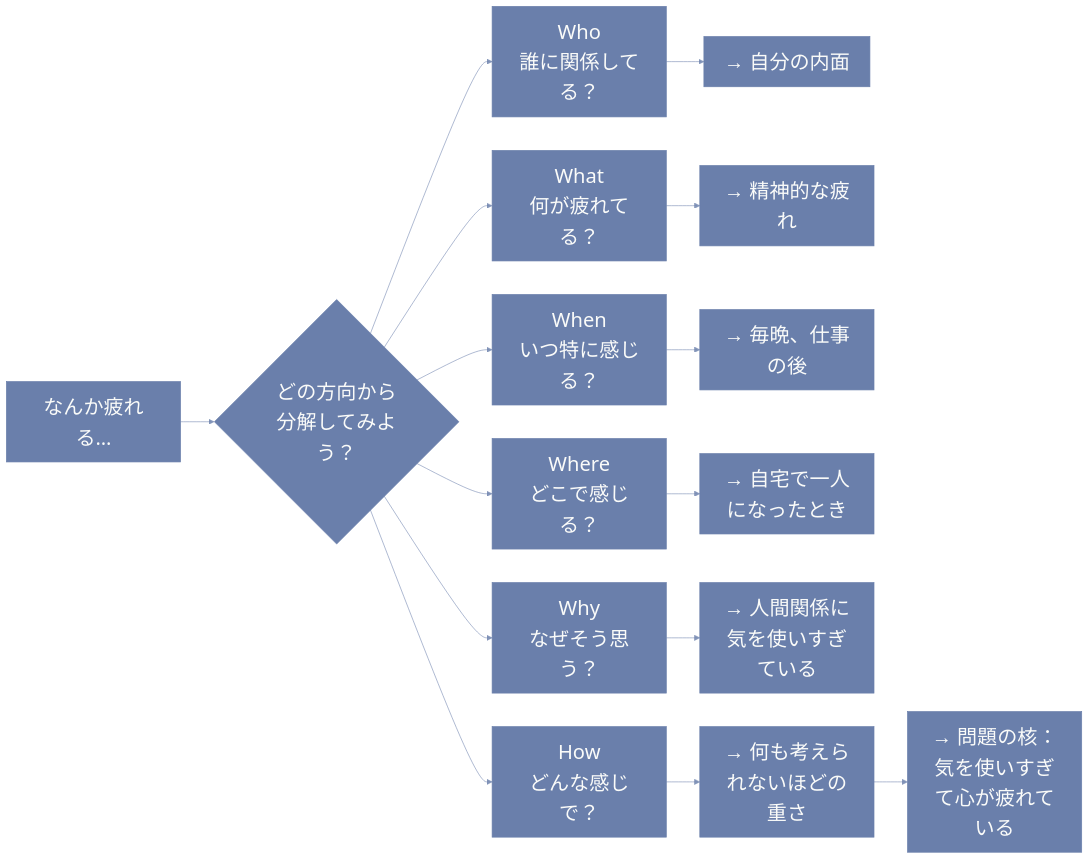
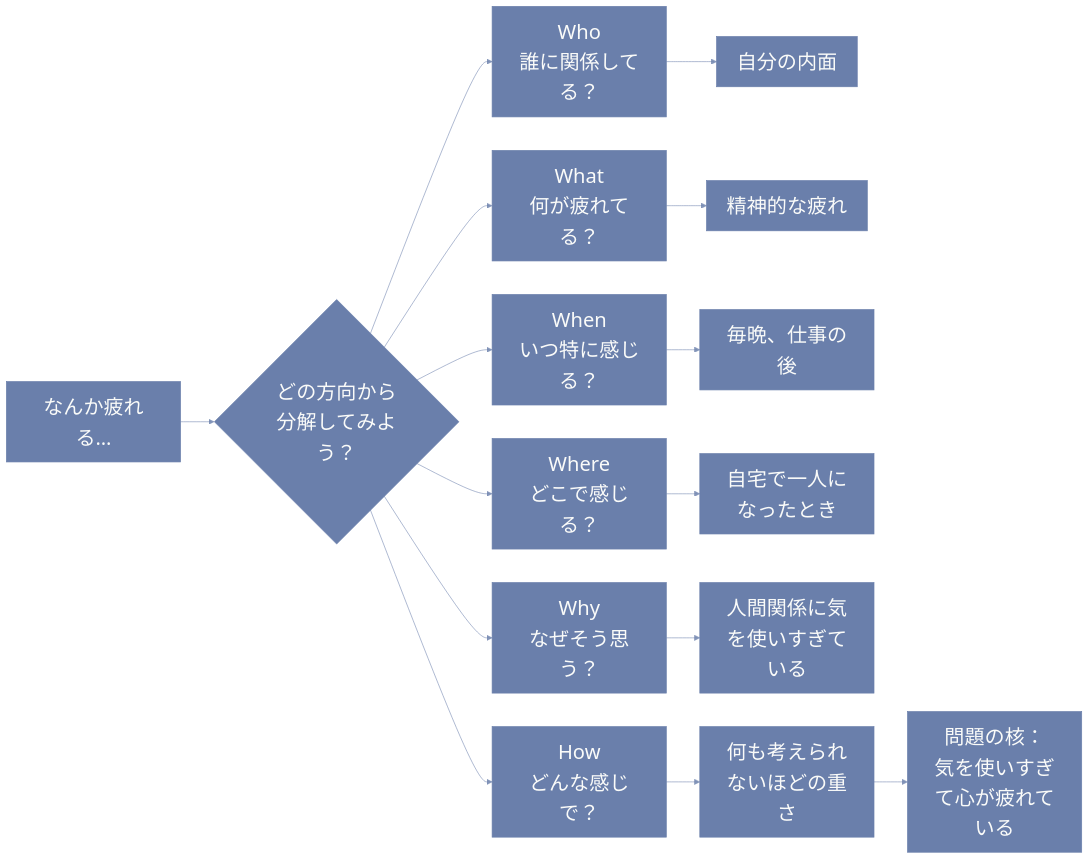
Before and after one commit to zoldof/zenn-content: the diagram in articles/idea-critical-clarification.md, drawn with Mermaid.

````diff
--- a/articles/idea-critical-clarification.md
+++ b/articles/idea-critical-clarification.md
@@ -83,20 +83,20 @@
 ```mermaid
 %%{init:{'theme':'base','themeVariables':{'primaryColor':'#6A7FAB','primaryTextColor':'#FAFBF9','primaryBorderColor':'#6A7FAB','lineColor':'#6A7FABCC','textColor':'#6A7FABCC','fontSize':'30px'}}}%%
 flowchart LR
     A[なんか疲れる…] --> B{どの方向から<br>分解してみよう？}
     B --> C[Who<br>誰に関係してる？]
     B --> D[What<br>何が疲れてる？]
     B --> E[When<br>いつ特に感じる？]
     B --> F[Where<br>どこで感じる？]
     B --> G[Why<br>なぜそう思う？]
     B --> H[How<br>どんな感じで？]
     
-    C --> I[→ 自分の内面]
-    D --> J[→ 精神的な疲れ]
-    E --> K[→ 毎晩、仕事の後]
-    F --> L[→ 自宅で一人になったとき]
-    G --> M[→ 人間関係に気を使いすぎている]
-    H --> N[→ 何も考えられないほどの重さ]
+    C --> I[自分の内面]
+    D --> J[精神的な疲れ]
+    E --> K[毎晩、仕事の後]
+    F --> L[自宅で一人になったとき]
+    G --> M[人間関係に気を使いすぎている]
+    H --> N[何も考えられないほどの重さ]
 
-    N --> O[→ 問題の核：<br>気を使いすぎて心が疲れている]
+    N --> O[問題の核：<br>気を使いすぎて心が疲れている]
 ```
````
